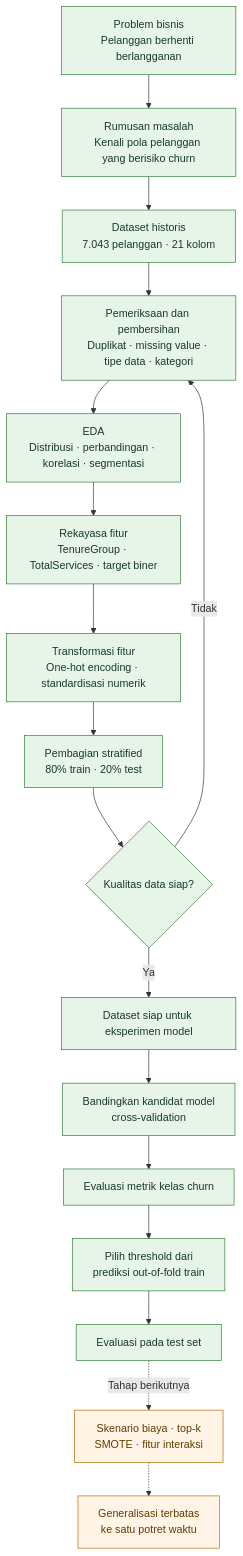
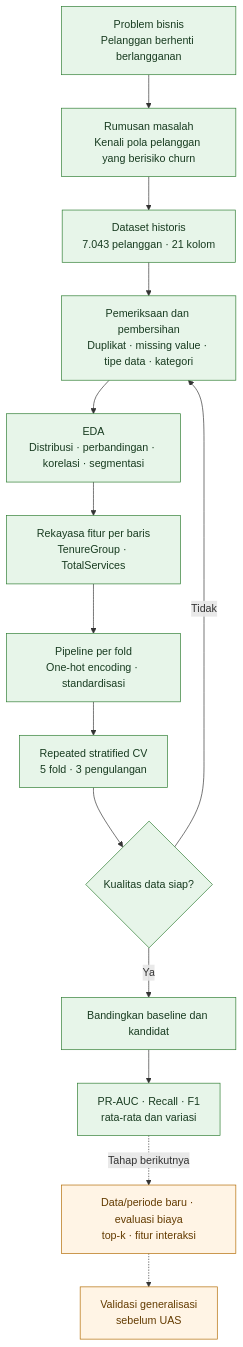
One commit to carlos1739/analisis_telco changed the first of 3 diagrams in README.md. Above: the diagram before and after it, drawn with Mermaid. The commit also changed other lines of this file and 2 other files, not shown here.

Commit message:
perbaikan eksperimen

````diff
--- a/README.md
+++ b/README.md
@@ -129,23 +132,20 @@
 ```mermaid
 flowchart TD
     A["Problem bisnis<br/>Pelanggan berhenti berlangganan"] --> B["Rumusan masalah<br/>Kenali pola pelanggan yang berisiko churn"]
     B --> C["Dataset historis<br/>7.043 pelanggan · 21 kolom"]
     C --> D["Pemeriksaan dan pembersihan<br/>Duplikat · missing value · tipe data · kategori"]
     D --> E["EDA<br/>Distribusi · perbandingan · korelasi · segmentasi"]
-    E --> F["Rekayasa fitur<br/>TenureGroup · TotalServices · target biner"]
-    F --> G["Transformasi fitur<br/>One-hot encoding · standardisasi numerik"]
-    G --> H["Pembagian stratified<br/>80% train · 20% test"]
+    E --> F["Rekayasa fitur per baris<br/>TenureGroup · TotalServices"]
+    F --> G["Pipeline per fold<br/>One-hot encoding · standardisasi"]
+    G --> H["Repeated stratified CV<br/>5 fold · 3 pengulangan"]
     H --> I{"Kualitas data siap?"}
     I -->|"Tidak"| D
-    I -->|"Ya"| J["Dataset siap untuk eksperimen model"]
-    J --> K["Bandingkan kandidat model<br/>cross-validation"]
-    K --> L["Evaluasi metrik kelas churn"]
-    L --> M["Pilih threshold dari<br/>prediksi out-of-fold train"]
-    M --> N["Evaluasi pada test set"]
-    N -. "Tahap berikutnya" .-> O["Skenario biaya · top-k<br/>SMOTE · fitur interaksi"]
-    O -.-> P["Generalisasi terbatas<br/>ke satu potret waktu"]
+    I -->|"Ya"| J["Bandingkan baseline dan kandidat"]
+    J --> K["PR-AUC · Recall · F1<br/>rata-rata dan variasi"]
+    K -. "Tahap berikutnya" .-> O["Data/periode baru · evaluasi biaya<br/>top-k · fitur interaksi"]
+    O -.-> P["Validasi generalisasi<br/>sebelum UAS"]
     classDef done fill:#e7f5e9,stroke:#2e7d32,color:#183b20
     classDef next fill:#fff4e5,stroke:#b26a00,color:#633b00
-    class A,B,C,D,E,F,G,H,I,J,K,L,M,N done
+    class A,B,C,D,E,F,G,H,I,J,K done
     class O,P next
 ```
````
